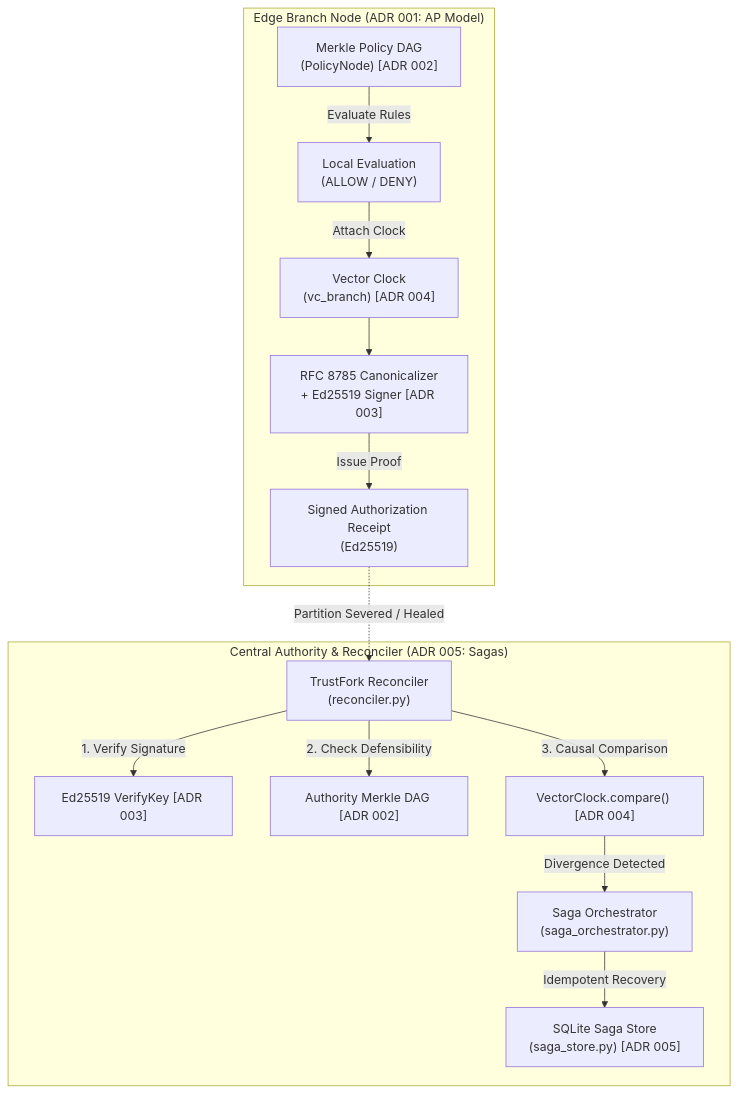
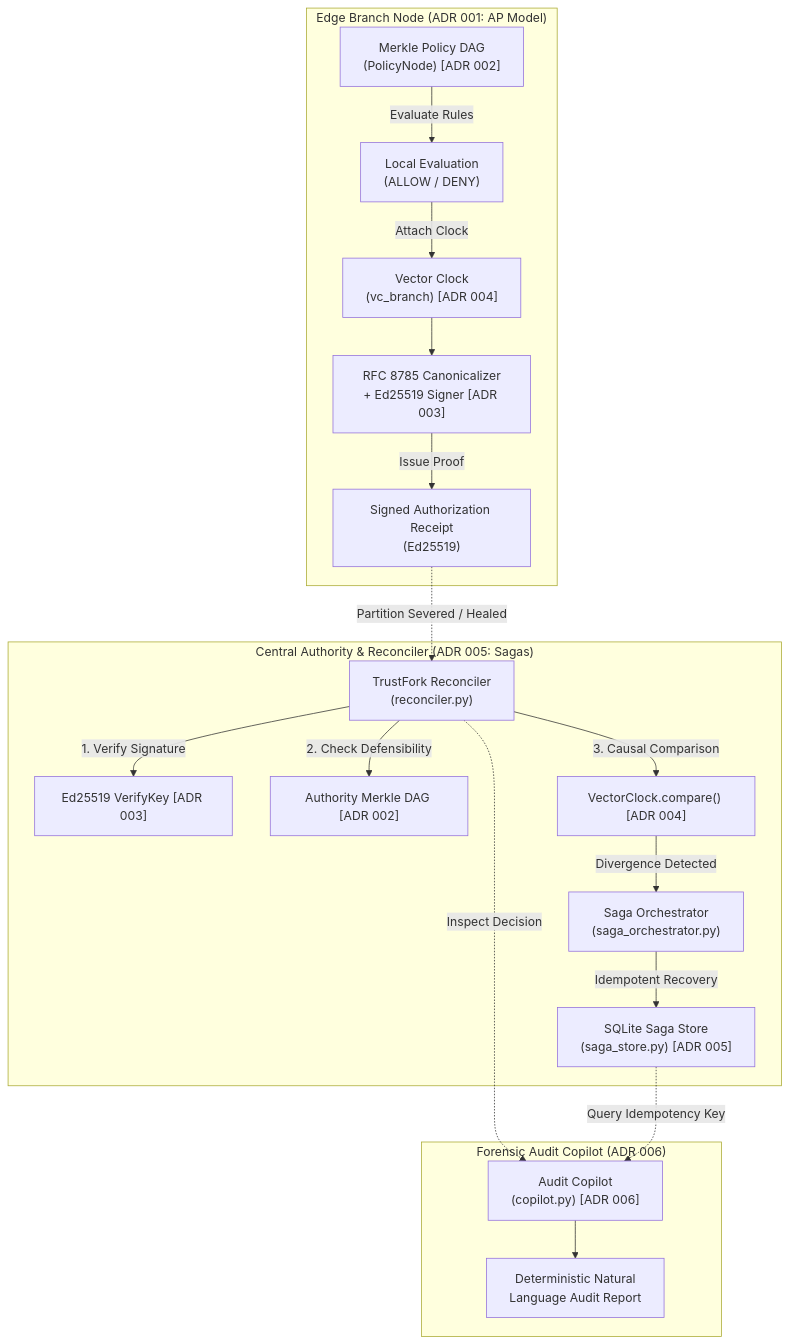
Before and after one commit to ayush2singh/Trustfork: the diagram in architecturalDecision.md, drawn with Mermaid. The commit also changed other lines of this file and 1 other file, not shown here.

Commit message:
Add ADR 006: Deterministic Semantic NLG over Cloud LLMs with diagram mapping

````diff
--- a/architecturalDecision.md
+++ b/architecturalDecision.md
@@ -11,19 +11,25 @@
 ```mermaid
 graph TD
     subgraph Edge["Edge Branch Node (ADR 001: AP Model)"]
         DAG_Edge["Merkle Policy DAG<br/>(PolicyNode) [ADR 002]"] -->|Evaluate Rules| Eval["Local Evaluation<br/>(ALLOW / DENY)"]
         Eval -->|Attach Clock| VC_Edge["Vector Clock<br/>(vc_branch) [ADR 004]"]
         VC_Edge --> Signer["RFC 8785 Canonicalizer<br/>+ Ed25519 Signer [ADR 003]"]
         Signer -->|Issue Proof| Receipt["Signed Authorization Receipt<br/>(Ed25519)"]
     end
 
     Receipt -.->|Partition Severed / Healed| Recon["TrustFork Reconciler<br/>(reconciler.py)"]
 
     subgraph Central["Central Authority & Reconciler (ADR 005: Sagas)"]
         Recon -->|1. Verify Signature| Verify["Ed25519 VerifyKey [ADR 003]"]
         Recon -->|2. Check Defensibility| DAG_Auth["Authority Merkle DAG [ADR 002]"]
         Recon -->|3. Causal Comparison| Causal["VectorClock.compare() [ADR 004]"]
         Causal -->|Divergence Detected| SagaOrch["Saga Orchestrator<br/>(saga_orchestrator.py)"]
         SagaOrch -->|Idempotent Recovery| SQLite["SQLite Saga Store<br/>(saga_store.py) [ADR 005]"]
     end
+
+    subgraph Audit["Forensic Audit Copilot (ADR 006)"]
+        Recon -.->|Inspect Decision| Copilot["Audit Copilot<br/>(copilot.py) [ADR 006]"]
+        SQLite -.->|Query Idempotency Key| Copilot
+        Copilot --> Report["Deterministic Natural<br/>Language Audit Report"]
+    end
 ```
````
